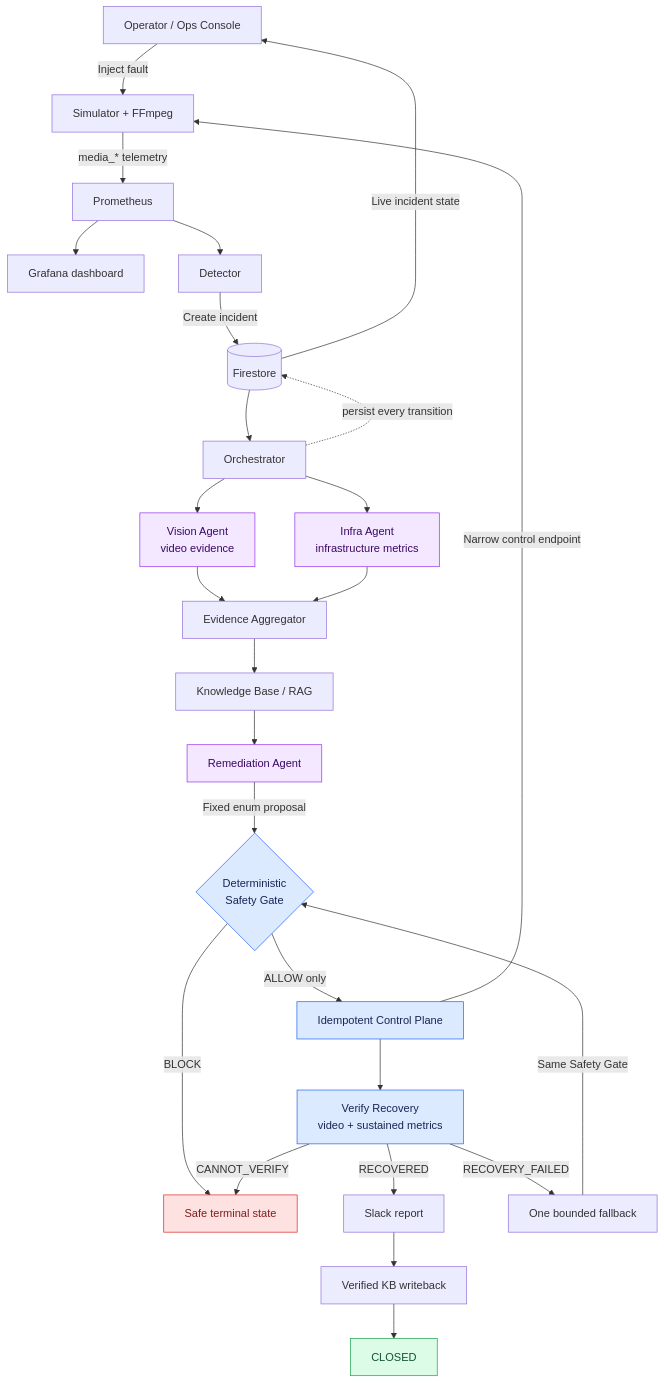
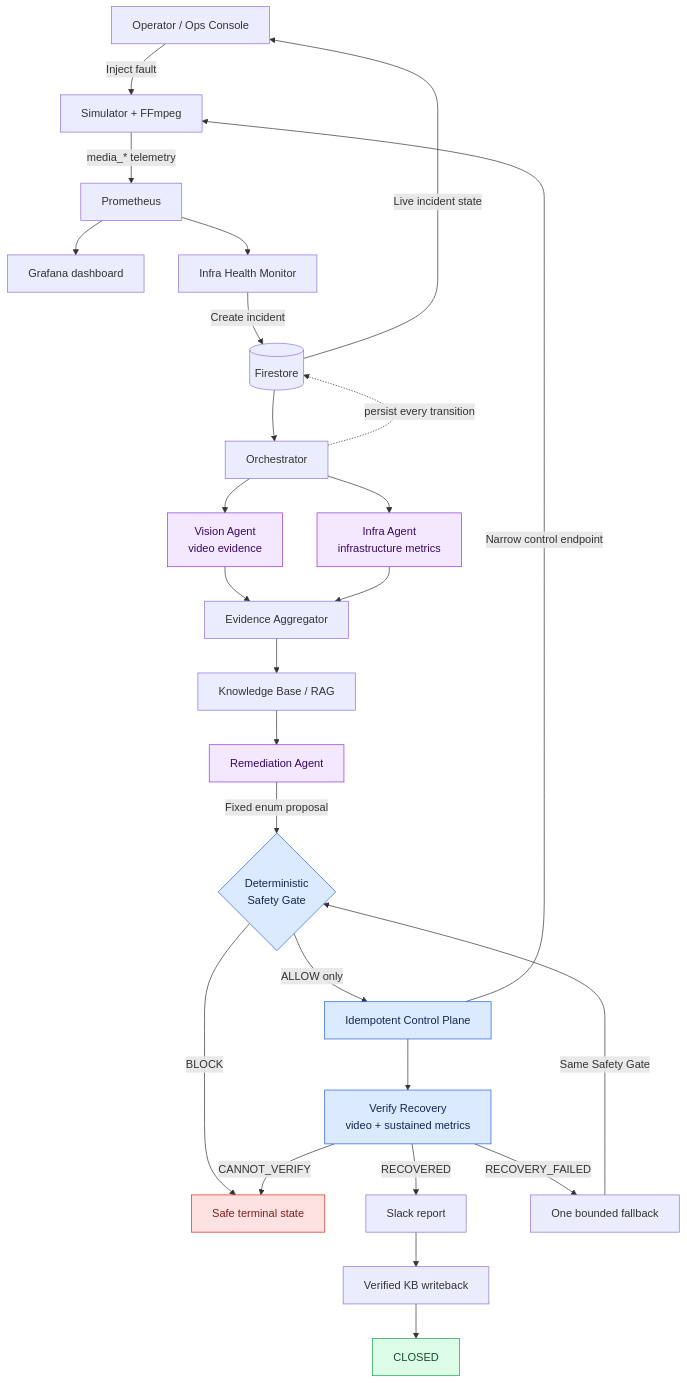
One commit to charvimaurya/MediaOps changed the diagram in README.md. Above: the diagram before and after it, drawn with Mermaid. The commit also changed other lines of this file and 15 other files, not shown here.

````diff
--- a/README.md
+++ b/README.md
@@ -28,41 +28,41 @@
 ```mermaid
 flowchart TD
     User[Operator / Ops Console] -->|Inject fault| Simulator[Simulator + FFmpeg]
     Simulator -->|media_* telemetry| Prometheus[Prometheus]
     Prometheus --> Grafana[Grafana dashboard]
-    Prometheus --> Detector[Detector]
-    Detector -->|Create incident| Firestore[(Firestore)]
+    Prometheus --> HealthMonitor[Infra Health Monitor]
+    HealthMonitor -->|Create incident| Firestore[(Firestore)]
 
     Firestore --> Orchestrator[Orchestrator]
     Orchestrator --> Vision[Vision Agent<br/>video evidence]
     Orchestrator --> Infra[Infra Agent<br/>infrastructure metrics]
     Vision --> Aggregator[Evidence Aggregator]
     Infra --> Aggregator
     Aggregator --> Knowledge[Knowledge Base / RAG]
     Knowledge --> Remediation[Remediation Agent]
     Remediation -->|Fixed enum proposal| Gate{Deterministic<br/>Safety Gate}
 
     Gate -->|BLOCK| SafeStop[Safe terminal state]
     Gate -->|ALLOW only| Control[Idempotent Control Plane]
     Control -->|Narrow control endpoint| Simulator
     Control --> Verify[Verify Recovery<br/>video + sustained metrics]
 
     Verify -->|RECOVERED| Report[Slack report]
     Report --> Writeback[Verified KB writeback]
     Writeback --> Closed[CLOSED]
     Verify -->|RECOVERY_FAILED| Fallback[One bounded fallback]
     Fallback -->|Same Safety Gate| Gate
     Verify -->|CANNOT_VERIFY| SafeStop
 
     Orchestrator -.persist every transition.-> Firestore
     Firestore -->|Live incident state| User
 
     classDef deterministic fill:#dbeafe,stroke:#2563eb,color:#172554;
     classDef ai fill:#f3e8ff,stroke:#9333ea,color:#3b0764;
     classDef terminal fill:#dcfce7,stroke:#16a34a,color:#14532d;
     classDef blocked fill:#fee2e2,stroke:#dc2626,color:#7f1d1d;
     class Gate,Control,Verify deterministic;
     class Vision,Infra,Remediation ai;
     class Closed terminal;
     class SafeStop blocked;
 ```
````
